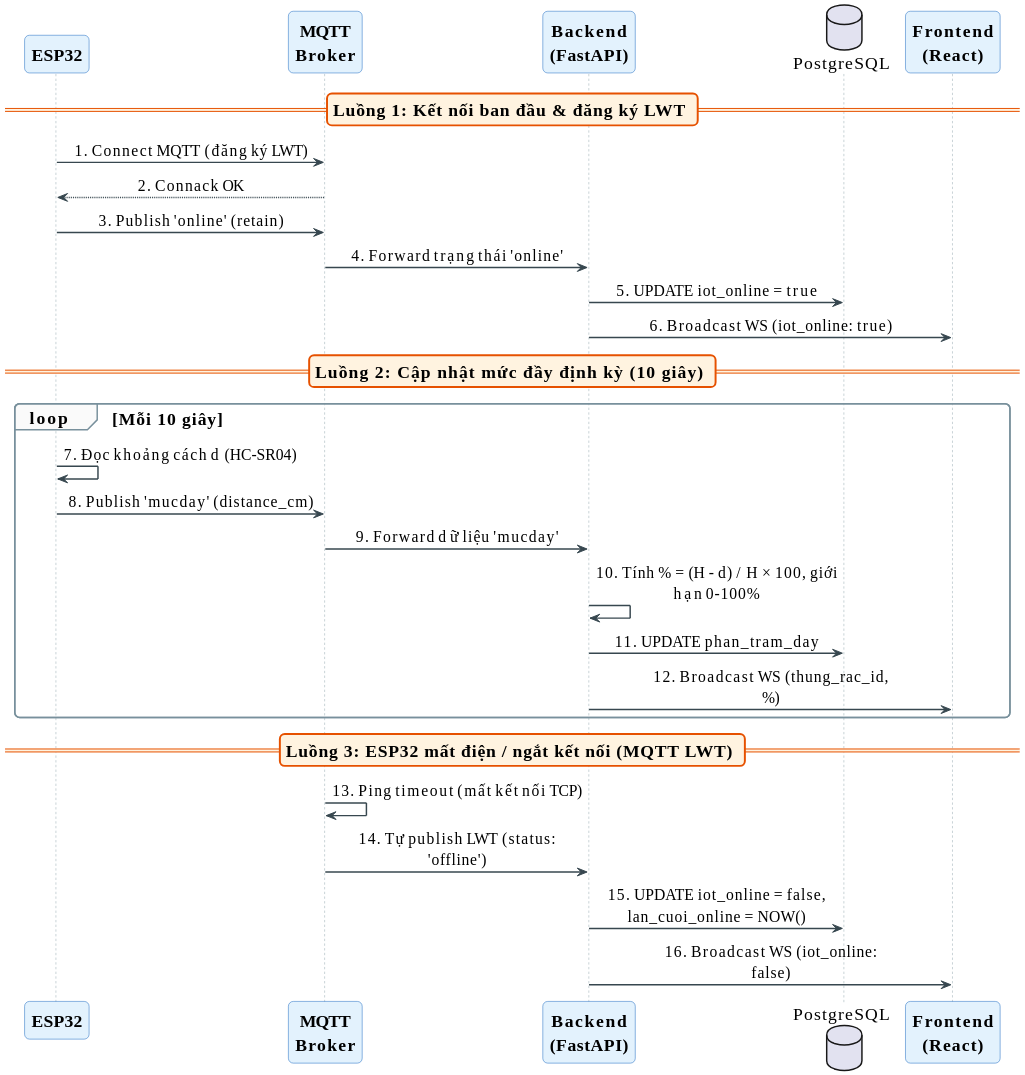
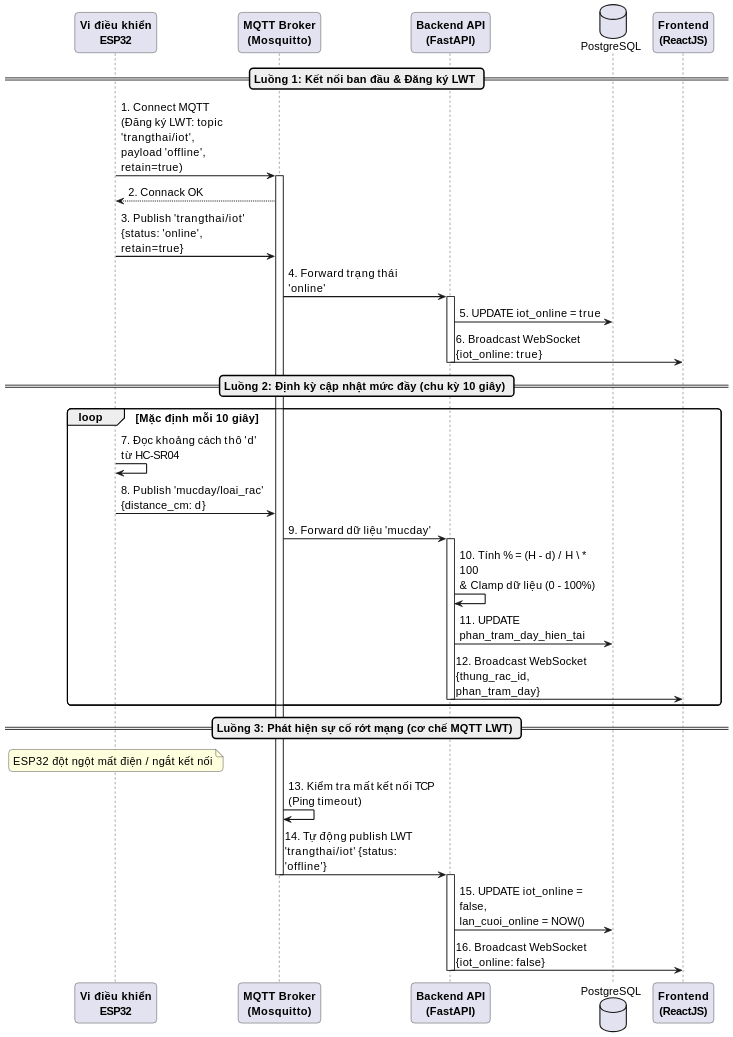
The diagram in DOCS/SoDoKienTruc/2.5.2.md (NguyenTAnh2005/Do-An-Mon-Hoc), drawn with PlantUML before and after one commit. The commit also changed 1 other file, not shown here.

Commit message:
sơ đồ fix

```diff
--- a/DOCS/SoDoKienTruc/2.5.2.md
+++ b/DOCS/SoDoKienTruc/2.5.2.md
@@ -1,53 +1,52 @@
 @startuml
-skinparam dpi 200
-skinparam defaultFontName "Times New Roman"
-skinparam defaultFontSize 18
-skinparam ArrowFontSize 16
+skinparam dpi 150
+skinparam defaultFontName Arial
+skinparam defaultFontSize 15
 skinparam shadowing false
 skinparam roundcorner 10
-skinparam maxMessageSize 260
-skinparam SequenceMessageAlign center
+skinparam maxMessageSize 200
 skinparam sequenceArrowThickness 1.5
 skinparam ParticipantFontStyle bold
-skinparam sequence {
-ArrowColor #37474F
-LifeLineBorderColor #90A4AE
-ParticipantBackgroundColor #E3F2FD
-ParticipantBorderColor #1565C0
-DatabaseBackgroundColor #E3F2FD
-GroupBackgroundColor #FAFAFA
-GroupBorderColor #78909C
-DividerBackgroundColor #FFF3E0
-DividerBorderColor #E65100
-}
+skinparam TitleFontSize 20
 
-participant "ESP32" as ESP
-participant "MQTT\nBroker" as Broker
-participant "Backend\n(FastAPI)" as Web
+
+participant "Vi điều khiển\nESP32" as ESP
+participant "MQTT Broker\n(Mosquitto)" as Broker
+participant "Backend API\n(FastAPI)" as Web
 database "PostgreSQL" as DB
-participant "Frontend\n(React)" as FE
+participant "Frontend\n(ReactJS)" as FE
 
-== Luồng 1: Kết nối ban đầu & đăng ký LWT ==
-ESP -> Broker: 1. Connect MQTT (đăng ký LWT)
+== Luồng 1: Kết nối ban đầu & Đăng ký LWT ==
+ESP -> Broker: 1. Connect MQTT\n(Đăng ký LWT: topic 'trangthai/iot',\npayload 'offline', retain=true)
+activate Broker
 Broker --> ESP: 2. Connack OK
-ESP -> Broker: 3. Publish 'online' (retain)
+ESP -> Broker: 3. Publish 'trangthai/iot'\n{status: 'online', retain=true}
 Broker -> Web: 4. Forward trạng thái 'online'
+activate Web
 Web -> DB: 5. UPDATE iot_online = true
-Web -> FE: 6. Broadcast WS (iot_online: true)
+Web -> FE: 6. Broadcast WebSocket\n{iot_online: true}
+deactivate Web
 
-== Luồng 2: Cập nhật mức đầy định kỳ (10 giây) ==
-loop Mỗi 10 giây
-ESP -> ESP: 7. Đọc khoảng cách d (HC-SR04)
-ESP -> Broker: 8. Publish 'mucday' (distance_cm)
+== Luồng 2: Định kỳ cập nhật mức đầy (chu kỳ 10 giây) ==
+loop Mặc định mỗi 10 giây
+ESP -> ESP: 7. Đọc khoảng cách thô 'd'\ntừ HC-SR04
+ESP -> Broker: 8. Publish 'mucday/loai_rac'\n{distance_cm: d}
 Broker -> Web: 9. Forward dữ liệu 'mucday'
-Web -> Web: 10. Tính % = (H - d) / H × 100, giới hạn 0-100%
-Web -> DB: 11. UPDATE phan_tram_day
-Web -> FE: 12. Broadcast WS (thung_rac_id, %)
+activate Web
+Web -> Web: 10. Tính % = (H - d) / H \* 100\n& Clamp dữ liệu (0 - 100%)
+Web -> DB: 11. UPDATE phan_tram_day_hien_tai
+Web -> FE: 12. Broadcast WebSocket\n{thung_rac_id, phan_tram_day}
+deactivate Web
 end
 
-== Luồng 3: ESP32 mất điện / ngắt kết nối (MQTT LWT) ==
-Broker -> Broker: 13. Ping timeout (mất kết nối TCP)
-Broker -> Web: 14. Tự publish LWT (status: 'offline')
-Web -> DB: 15. UPDATE iot_online = false, lan_cuoi_online = NOW()
-Web -> FE: 16. Broadcast WS (iot_online: false)
+== Luồng 3: Phát hiện sự cố rớt mạng (cơ chế MQTT LWT) ==
+note over ESP: ESP32 đột ngột mất điện / ngắt kết nối
+Broker -> Broker: 13. Kiểm tra mất kết nối TCP\n(Ping timeout)
+Broker -> Web: 14. Tự động publish LWT\n'trangthai/iot' {status: 'offline'}
+deactivate Broker
+activate Web
+Web -> DB: 15. UPDATE iot_online = false,\nlan_cuoi_online = NOW()
+Web -> FE: 16. Broadcast WebSocket\n{iot_online: false}
+deactivate Web
+
 @enduml
```
